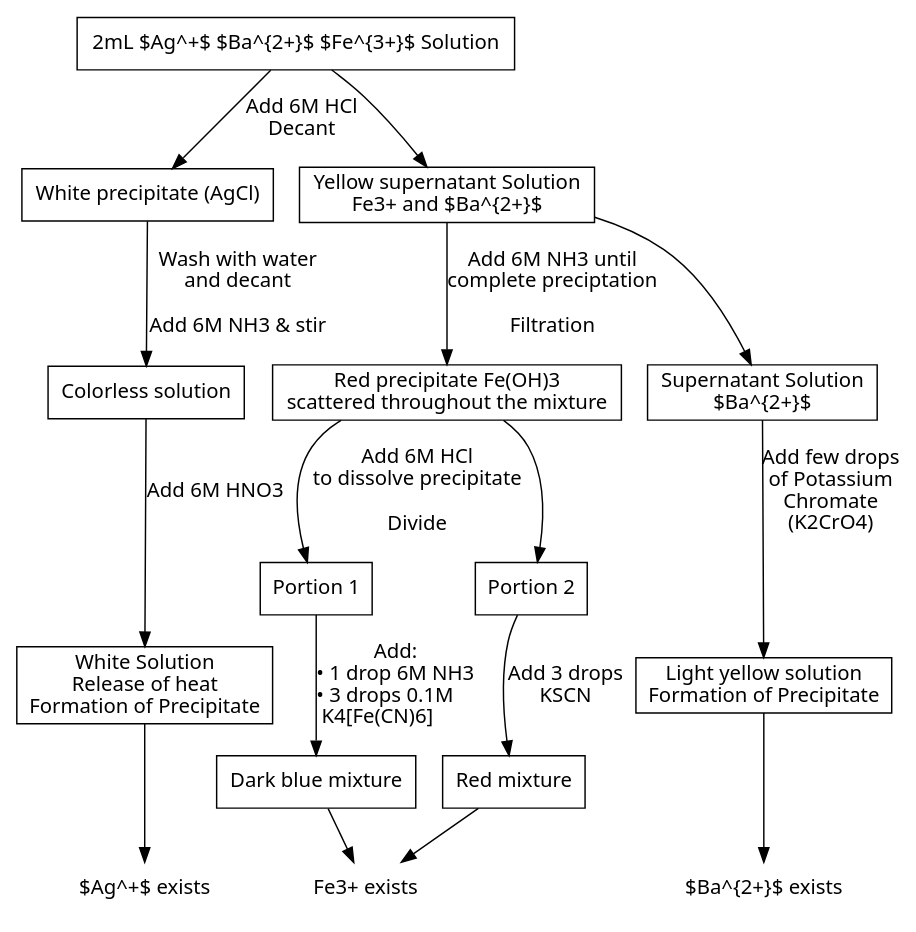
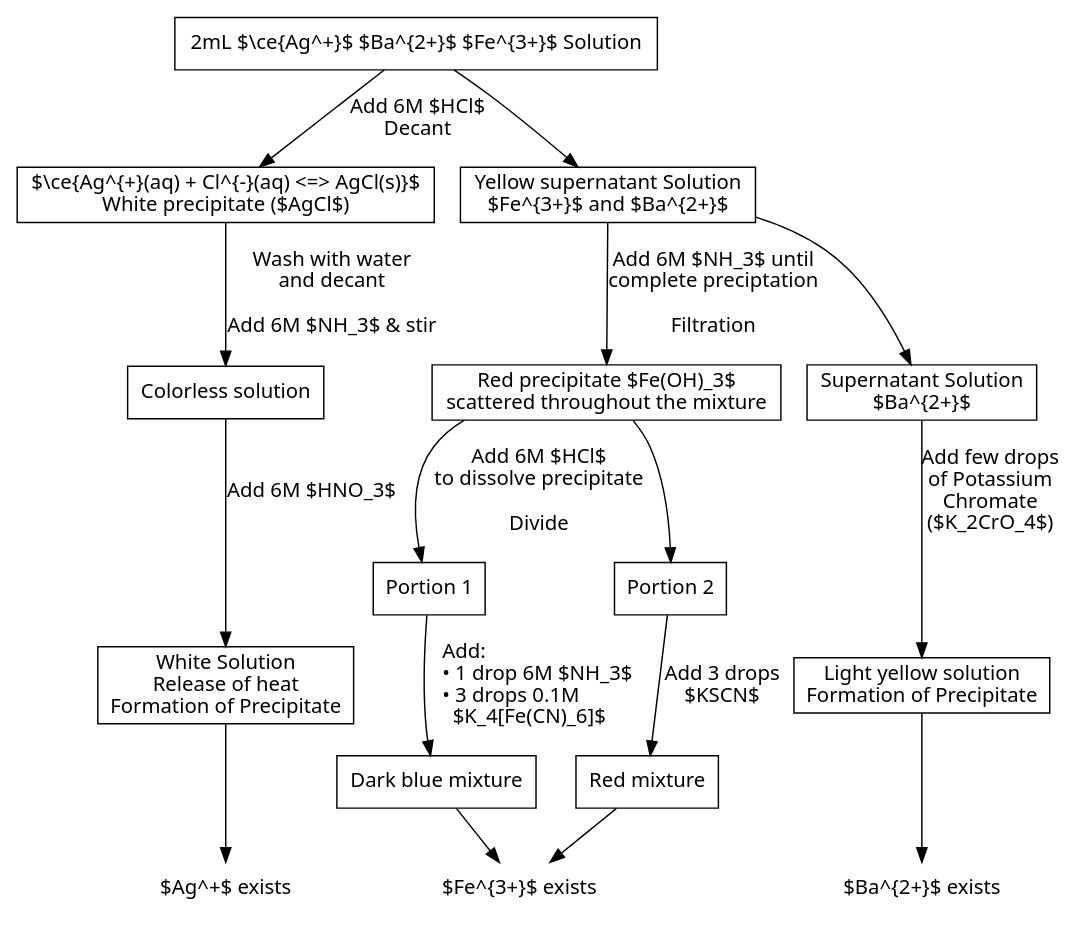
One commit to AlyamanMas/chem241l-00301s changed the diagram in scheme-graph.dot. Above: the diagram before and after it, drawn with Graphviz. The commit also changed 1 other file, not shown here.

Commit message:
experimented a bit with mhchem in graphviz, but decided to witch eqs to latex buffer

```diff
--- a/scheme-graph.dot
+++ b/scheme-graph.dot
@@ -1,56 +1,56 @@
 digraph html {
   node [shape=record fontname="sans"];
   edge [fontname="sans"];
-  og [label="2mL $Ag^+$ $Ba^\{2+\}$ $Fe^\{3+\}$ Solution"];
+  og [label="2mL $\\ce\{Ag^+\}$ $Ba^\{2+\}$ $Fe^\{3+\}$ Solution"];
 
 
-  ag_p [label="White precipitate (AgCl)\n"];
+  ag_p [label="$\\ce\{Ag^\{+\}(aq) + Cl^\{-\}(aq) \<=\> AgCl(s)\}$\nWhite precipitate ($AgCl$)"];
   ag_p_amm [label="Colorless solution"];
   ag_p_amm_nit [label="White Solution\nRelease of heat\nFormation of Precipitate"];
   ag_x [shape="plaintext" label="$Ag^+$ exists"];
 
 
-  ag_p         -> ag_p_amm     [label="Wash with water\nand decant\n\nAdd 6M NH3 & stir"];
-  ag_p_amm     -> ag_p_amm_nit [label="Add 6M HNO3"];
+  ag_p         -> ag_p_amm     [label="Wash with water\nand decant\n\nAdd 6M $NH_3$ & stir"];
+  ag_p_amm     -> ag_p_amm_nit [label="Add 6M $HNO_3$"];
   ag_p_amm_nit -> ag_x;
 
 
-  sup1 [label="Yellow supernatant Solution\nFe3+ and $Ba^\{2+\}$"];
-  fe_p [label="Red precipitate Fe(OH)3\nscattered throughout the mixture"];
+  sup1 [label="Yellow supernatant Solution\n$Fe^\{3+\}$ and $Ba^\{2+\}$"];
+  fe_p [label="Red precipitate $Fe(OH)_3$\nscattered throughout the mixture"];
   sup2 [label="Supernatant Solution\n$Ba^\{2+\}$"];
 
-  sup1 -> fe_p [label="Add 6M NH3 until\ncomplete preciptation\n\nFiltration\n"];
+  sup1 -> fe_p [label="Add 6M $NH_3$ until\ncomplete preciptation\n\nFiltration\n"];
   sup1 -> sup2;
 
   first [label="" shape="plaintext"];
 
-  og -> ag_p [label="Add 6M HCl\nDecant"];
+  og -> ag_p [label="Add 6M $HCl$\nDecant"];
   og -> sup1;
 
   fe_p_1 [label="Portion 1"];
   fe_p_2 [label="Portion 2"];
-  fe_p -> fe_p_1 [label="Add 6M HCl\nto dissolve precipitate\n\nDivide"];
+  fe_p -> fe_p_1 [label="Add 6M $HCl$\nto dissolve precipitate\n\nDivide"];
   fe_p -> fe_p_2;
 
   fe_kscn [label="Red mixture"];
   fe_amm_cya [label="Dark blue mixture"];
 
-  fe_p_1 -> fe_amm_cya [label="Add:\n• 1 drop 6M NH3\l• 3 drops 0.1M\l  K4[Fe(CN)6]\l"];
-  fe_p_2 -> fe_kscn    [label="Add 3 drops\nKSCN"];
+  fe_p_1 -> fe_amm_cya [label="    Add:\l    • 1 drop 6M $NH_3$\l    • 3 drops 0.1M\l      $K_4[Fe(CN)_6]$\l"];
+  fe_p_2 -> fe_kscn    [label="Add 3 drops\n$KSCN$"];
 
-  fe_x [shape="plaintext" label="Fe3+ exists"];
+  fe_x [shape="plaintext" label="$Fe^\{3+\}$ exists"];
 
   {fe_kscn fe_amm_cya} -> fe_x;
 
 
   ba_sol [label="Light yellow solution\nFormation of Precipitate"];
-  sup2 -> ba_sol [label="Add few drops\nof Potassium\nChromate\n(K2CrO4)"];
+  sup2 -> ba_sol [label="Add few drops\nof Potassium\nChromate\n($K_2CrO_4$)"];
   ba_x [label="$Ba^\{2+\}$ exists" shape="plaintext"];
   ba_sol -> ba_x;
 
   {rank=same ba_x fe_x ag_x}
 
 
 
 
 }
```
